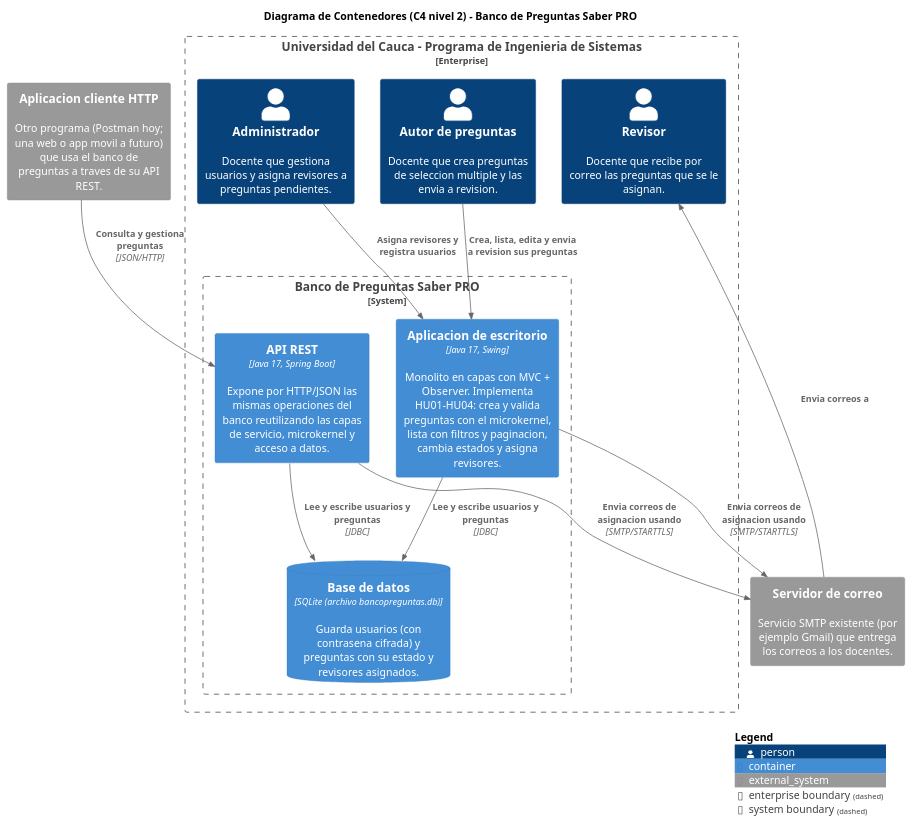
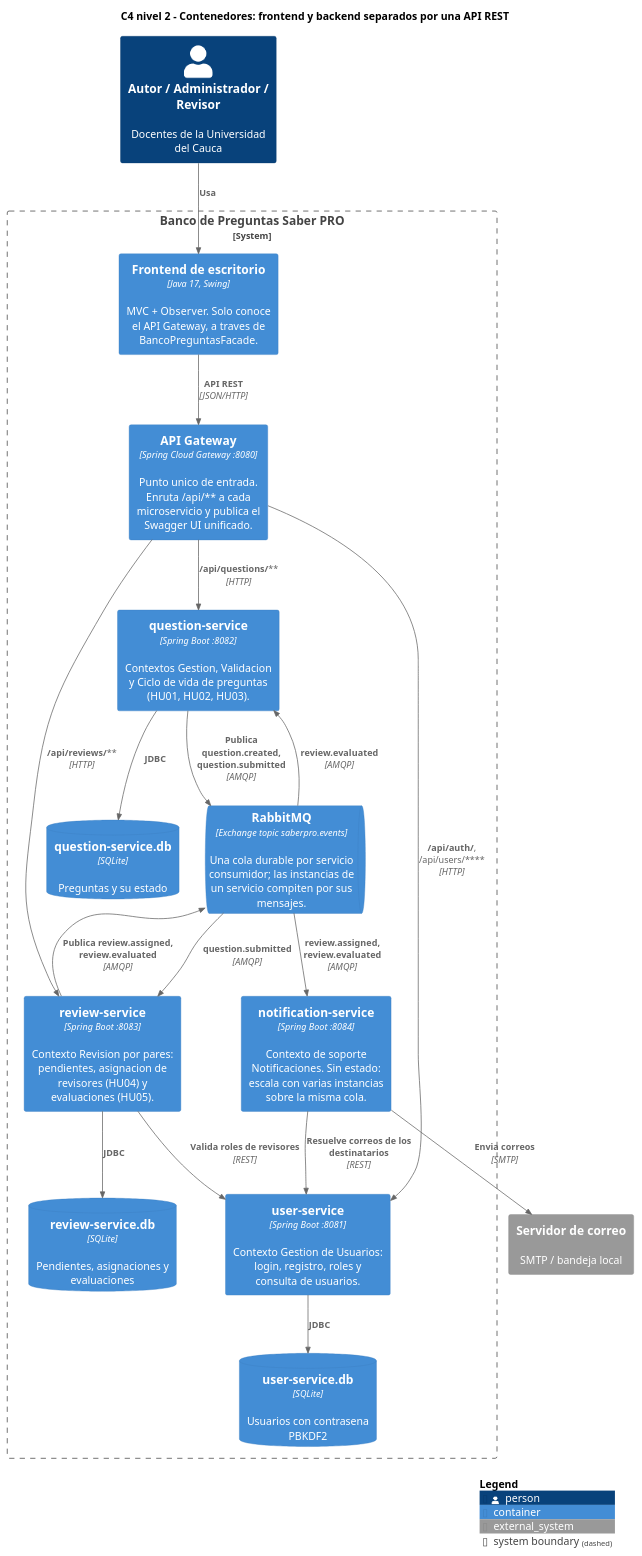
Before and after one commit to martinezgrasantiago214/BANCO_PREGUNTAS_SABER_PRO: the diagram in docs/diagramas/02-c4-contenedores.puml, drawn with PlantUML. The commit also changed 26 other files, not shown here.

```diff
--- a/docs/diagramas/02-c4-contenedores.puml
+++ b/docs/diagramas/02-c4-contenedores.puml
@@ -1,31 +1,47 @@
 @startuml c4-contenedores
-!include https://raw.githubusercontent.com/plantuml-stdlib/C4-PlantUML/master/C4_Container.puml
+!include <C4/C4_Container>
 LAYOUT_TOP_DOWN()
-title Diagrama de Contenedores (C4 nivel 2) - Banco de Preguntas Saber PRO
+title C4 nivel 2 - Contenedores: frontend y backend separados por una API REST
 
-Enterprise_Boundary(unicauca, "Universidad del Cauca - Programa de Ingenieria de Sistemas") {
-Person(autor, "Autor de preguntas", "Docente que crea preguntas de seleccion multiple y las envia a revision.")
-Person(admin, "Administrador", "Docente que gestiona usuarios y asigna revisores a preguntas pendientes.")
-Person(revisor, "Revisor", "Docente que recibe por correo las preguntas que se le asignan.")
+Person(usuario, "Autor / Administrador / Revisor", "Docentes de la Universidad del Cauca")
 
 System_Boundary(banco, "Banco de Preguntas Saber PRO") {
-  Container(desktop, "Aplicacion de escritorio", "Java 17, Swing", "Monolito en capas con MVC + Observer. Implementa HU01-HU04: crea y valida preguntas con el microkernel, lista con filtros y paginacion, cambia estados y asigna revisores.")
-  Container(api, "API REST", "Java 17, Spring Boot", "Expone por HTTP/JSON las mismas operaciones del banco reutilizando las capas de servicio, microkernel y acceso a datos.")
-  ContainerDb(db, "Base de datos", "SQLite (archivo bancopreguntas.db)", "Guarda usuarios (con contrasena cifrada) y preguntas con su estado y revisores asignados.")
-}
+  Container(frontend, "Frontend de escritorio", "Java 17, Swing", "MVC + Observer. Solo conoce el API Gateway, a traves de BancoPreguntasFacade.")
+  Container(gateway, "API Gateway", "Spring Cloud Gateway :8080", "Punto unico de entrada. Enruta /api/** a cada microservicio y publica el Swagger UI unificado.")
+
+  Container(users, "user-service", "Spring Boot :8081", "Contexto Gestion de Usuarios: login, registro, roles y consulta de usuarios.")
+  Container(questions, "question-service", "Spring Boot :8082", "Contextos Gestion, Validacion y Ciclo de vida de preguntas (HU01, HU02, HU03).")
+  Container(reviews, "review-service", "Spring Boot :8083", "Contexto Revision por pares: pendientes, asignacion de revisores (HU04) y evaluaciones (HU05).")
+  Container(notifications, "notification-service", "Spring Boot :8084", "Contexto de soporte Notificaciones. Sin estado: escala con varias instancias sobre la misma cola.")
+
+  ContainerQueue(broker, "RabbitMQ", "Exchange topic saberpro.events", "Una cola durable por servicio consumidor; las instancias de un servicio compiten por sus mensajes.")
+
+  ContainerDb(usersDb, "user-service.db", "SQLite", "Usuarios con contrasena PBKDF2")
+  ContainerDb(questionsDb, "question-service.db", "SQLite", "Preguntas y su estado")
+  ContainerDb(reviewsDb, "review-service.db", "SQLite", "Pendientes, asignaciones y evaluaciones")
 }
 
-System_Ext(cliente, "Aplicacion cliente HTTP", "Otro programa (Postman hoy; una web o app movil a futuro) que usa el banco de preguntas a traves de su API REST.")
-System_Ext(correo, "Servidor de correo", "Servicio SMTP existente (por ejemplo Gmail) que entrega los correos a los docentes.")
+System_Ext(smtp, "Servidor de correo", "SMTP / bandeja local")
 
-Rel(autor, desktop, "Crea, lista, edita y envia a revision sus preguntas")
-Rel(admin, desktop, "Asigna revisores y registra usuarios")
-Rel(cliente, api, "Consulta y gestiona preguntas", "JSON/HTTP")
-Rel(desktop, db, "Lee y escribe usuarios y preguntas", "JDBC")
-Rel(api, db, "Lee y escribe usuarios y preguntas", "JDBC")
-Rel(desktop, correo, "Envia correos de asignacion usando", "SMTP/STARTTLS")
-Rel(api, correo, "Envia correos de asignacion usando", "SMTP/STARTTLS")
-Rel(correo, revisor, "Envia correos a")
+Rel(usuario, frontend, "Usa")
+Rel(frontend, gateway, "API REST", "JSON/HTTP")
+Rel(gateway, users, "/api/auth/**, /api/users/**", "HTTP")
+Rel(gateway, questions, "/api/questions/**", "HTTP")
+Rel(gateway, reviews, "/api/reviews/**", "HTTP")
+
+Rel(questions, broker, "Publica question.created, question.submitted", "AMQP")
+Rel(reviews, broker, "Publica review.assigned, review.evaluated", "AMQP")
+Rel(broker, reviews, "question.submitted", "AMQP")
+Rel(broker, questions, "review.evaluated", "AMQP")
+Rel(broker, notifications, "review.assigned, review.evaluated", "AMQP")
+
+Rel(reviews, users, "Valida roles de revisores", "REST")
+Rel(notifications, users, "Resuelve correos de los destinatarios", "REST")
+Rel(notifications, smtp, "Envia correos", "SMTP")
+
+Rel(users, usersDb, "JDBC")
+Rel(questions, questionsDb, "JDBC")
+Rel(reviews, reviewsDb, "JDBC")
 
 SHOW_LEGEND()
 @enduml
```
